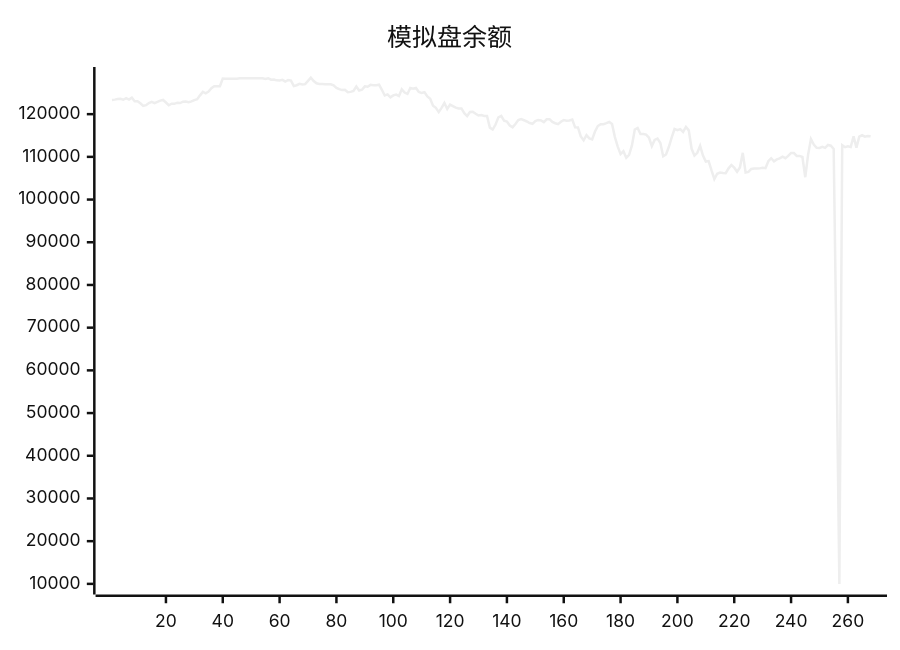
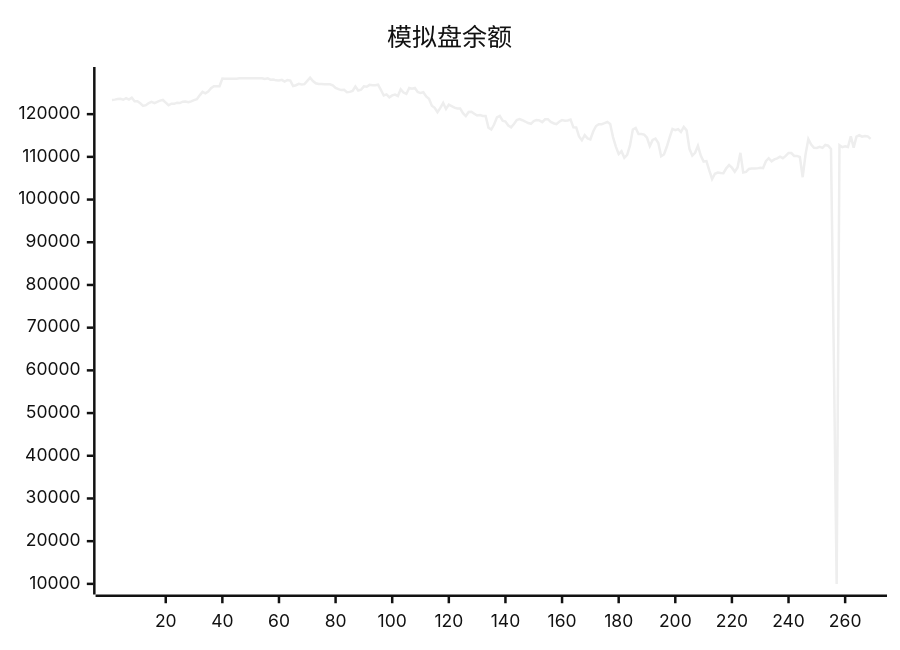
The diagram in README.md (aahl/ai-trading), drawn with Mermaid (neutral theme) before and after one commit. The commit also changed other lines of this file and 1 other file, not shown here.

Commit message:
📈 Auto Trading Result

````diff
--- a/README.md
+++ b/README.md
@@ -5,5 +5,5 @@
 ```mermaid
 xychart
     title "模拟盘余额"
-    line [123338,123402,123530,123592,123378,123745,123413,123853,123009,123040,122557,121938,122095,122599,122856,122597,122898,123160,123319,122719,122087,122454,122416,122685,122592,122907,122961,122776,122981,123295,123507,124403,125224,124894,125303,126088,126544,126534,126549,128335,128318,128318,128318,128318,128318,128424,128424,128424,128424,128424,128424,128424,128424,128424,128247,128412,128062,128087,127917,127901,128026,127611,128000,127850,126572,126770,127100,126971,127029,127783,128554,127765,127224,127064,127044,127009,127025,127004,126738,126152,125871,125635,125707,125117,125217,125420,126480,125545,125715,126511,126424,126856,126764,126788,126890,125710,124381,124632,123936,124402,124574,124256,125833,125070,124739,126154,125966,126145,125213,124943,125143,124157,123604,121959,121476,120476,121470,122610,121201,122221,121889,121522,121332,121344,120232,119559,120513,120577,120108,119680,119777,119572,119568,116839,116392,117573,119250,119585,118469,118277,117338,116897,117706,118628,118849,118579,118280,117926,117735,118373,118639,118544,118136,118798,118819,118162,117874,117649,118215,118601,118463,118517,118713,116911,116899,114798,113887,115084,114313,114091,115934,117221,117658,117658,117883,118164,117693,114632,112403,110644,111313,109777,110444,112673,116419,116772,115355,115355,115198,114476,112510,113954,114276,113223,110151,110561,112361,114562,116522,116265,116500,115845,117000,116199,111887,110306,110942,112588,110318,108891,109011,106814,104811,106038,106327,106201,106180,107315,108068,107463,106528,107530,110941,106346,106482,107161,107268,107270,107302,107426,107340,108985,109681,108962,109404,109645,110030,109680,110214,110918,110897,110215,110212,109962,105235,110525,114151,112895,112137,112083,112329,112094,112784,112613,111829,63445,10000,112734,112268,112496,112313,114832,112156,114730,115058,114728,114866,114804]
+    line [123338,123402,123530,123592,123378,123745,123413,123853,123009,123040,122557,121938,122095,122599,122856,122597,122898,123160,123319,122719,122087,122454,122416,122685,122592,122907,122961,122776,122981,123295,123507,124403,125224,124894,125303,126088,126544,126534,126549,128335,128318,128318,128318,128318,128318,128424,128424,128424,128424,128424,128424,128424,128424,128424,128247,128412,128062,128087,127917,127901,128026,127611,128000,127850,126572,126770,127100,126971,127029,127783,128554,127765,127224,127064,127044,127009,127025,127004,126738,126152,125871,125635,125707,125117,125217,125420,126480,125545,125715,126511,126424,126856,126764,126788,126890,125710,124381,124632,123936,124402,124574,124256,125833,125070,124739,126154,125966,126145,125213,124943,125143,124157,123604,121959,121476,120476,121470,122610,121201,122221,121889,121522,121332,121344,120232,119559,120513,120577,120108,119680,119777,119572,119568,116839,116392,117573,119250,119585,118469,118277,117338,116897,117706,118628,118849,118579,118280,117926,117735,118373,118639,118544,118136,118798,118819,118162,117874,117649,118215,118601,118463,118517,118713,116911,116899,114798,113887,115084,114313,114091,115934,117221,117658,117658,117883,118164,117693,114632,112403,110644,111313,109777,110444,112673,116419,116772,115355,115355,115198,114476,112510,113954,114276,113223,110151,110561,112361,114562,116522,116265,116500,115845,117000,116199,111887,110306,110942,112588,110318,108891,109011,106814,104811,106038,106327,106201,106180,107315,108068,107463,106528,107530,110941,106346,106482,107161,107268,107270,107302,107426,107340,108985,109681,108962,109404,109645,110030,109680,110214,110918,110897,110215,110212,109962,105235,110525,114151,112895,112137,112083,112329,112094,112784,112613,111829,63445,10000,112734,112268,112496,112313,114832,112156,114730,115058,114728,114866,114804,114208]
 ```
````
